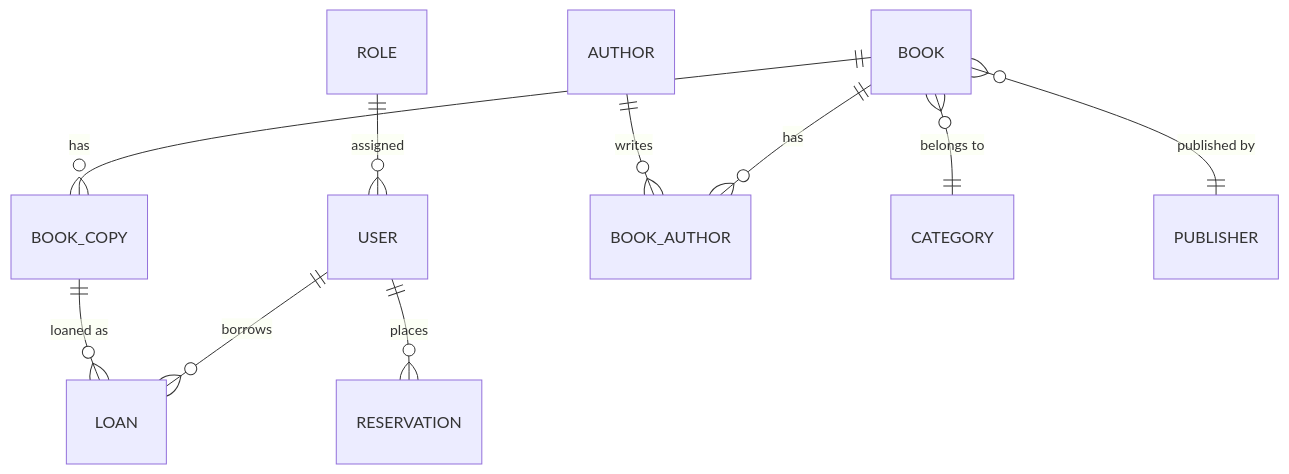
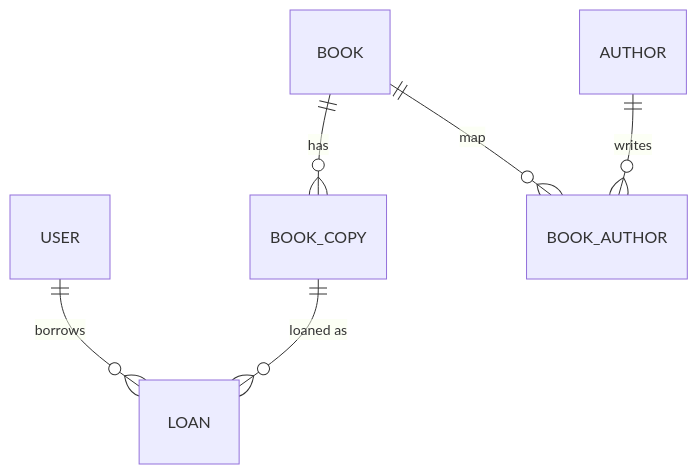
The diagram in README.md (lisaoberli/online-library-db), drawn with Mermaid before and after one commit. The commit also changed 2 other files, not shown here.

````diff
--- a/README.md
+++ b/README.md
@@ -31,12 +31,9 @@
 ```mermaid
 erDiagram
   USER ||--o{ LOAN : borrows
-  USER ||--o{ RESERVATION : places
-  ROLE ||--o{ USER : assigned
   BOOK ||--o{ BOOK_COPY : has
-  BOOK ||--o{ BOOK_AUTHOR : has
+  BOOK ||--o{ BOOK_AUTHOR : map
   AUTHOR ||--o{ BOOK_AUTHOR : writes
-  BOOK }o--|| CATEGORY : "belongs to"
-  BOOK }o--|| PUBLISHER : "published by"
   BOOK_COPY ||--o{ LOAN : "loaned as"
+
 ```
````
